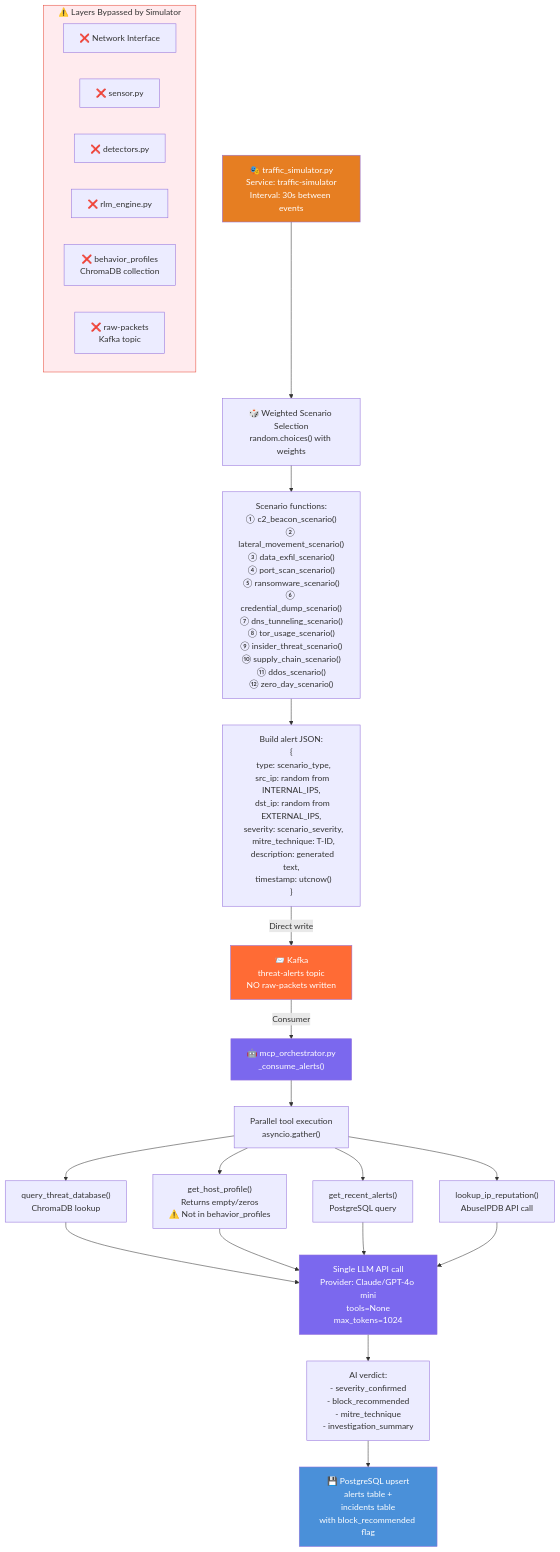
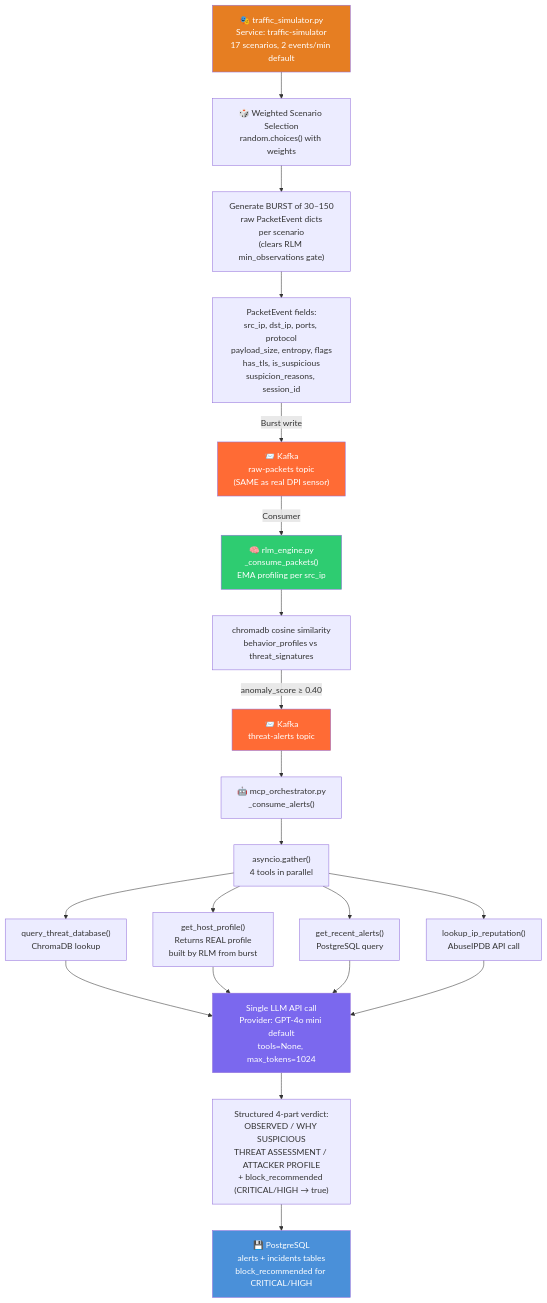
One commit to Skarthik06/cybersentinel-ai changed the fourth of 20 diagrams in docs/MASTER.md. Above: the diagram before and after it, drawn with Mermaid. The commit also changed other lines of this file and 27 other files, not shown here.

````diff
--- a/docs/MASTER.md
+++ b/docs/MASTER.md
@@ -355,43 +355,40 @@
 ```mermaid
 flowchart TD
-    A["🎭 traffic_simulator.py\nService: traffic-simulator\nInterval: 30s between events"]
+    A["🎭 traffic_simulator.py\nService: traffic-simulator\n17 scenarios, 2 events/min default"]
 
     A --> B["🎲 Weighted Scenario Selection\nrandom.choices() with weights"]
 
-    B --> C["Scenario functions:\n① c2_beacon_scenario()\n② lateral_movement_scenario()\n③ data_exfil_scenario()\n④ port_scan_scenario()\n⑤ ransomware_scenario()\n⑥ credential_dump_scenario()\n⑦ dns_tunneling_scenario()\n⑧ tor_usage_scenario()\n⑨ insider_threat_scenario()\n⑩ supply_chain_scenario()\n⑪ ddos_scenario()\n⑫ zero_day_scenario()"]
+    B --> C["Generate BURST of 30–150\nraw PacketEvent dicts\nper scenario\n(clears RLM min_observations gate)"]
 
-    C --> D["Build alert JSON:\n{\n  type: scenario_type,\n  src_ip: random from INTERNAL_IPS,\n  dst_ip: random from EXTERNAL_IPS,\n  severity: scenario_severity,\n  mitre_technique: T-ID,\n  description: generated text,\n  timestamp: utcnow()\n}"]
+    C --> D["PacketEvent fields:\nsrc_ip, dst_ip, ports, protocol\npayload_size, entropy, flags\nhas_tls, is_suspicious\nsuspicion_reasons, session_id"]
 
-    D -->|Direct write| E["📨 Kafka\nthreat-alerts topic\nNO raw-packets written"]
+    D -->|Burst write| E["📨 Kafka\nraw-packets topic\n(SAME as real DPI sensor)"]
 
-    E -->|Consumer| F["🤖 mcp_orchestrator.py\n_consume_alerts()"]
+    E -->|Consumer| F["🧠 rlm_engine.py\n_consume_packets()\nEMA profiling per src_ip"]
 
-    F --> G["Parallel tool execution\nasyncio.gather()"]
+    F --> G["chromadb cosine similarity\nbehavior_profiles vs threat_signatures"]
 
-    G --> H1["query_threat_database()\nChromaDB lookup"]
-    G --> H2["get_host_profile()\nReturns empty/zeros\n⚠️ Not in behavior_profiles"]
-    G --> H3["get_recent_alerts()\nPostgreSQL query"]
-    G --> H4["lookup_ip_reputation()\nAbuseIPDB API call"]
+    G -->|anomaly_score ≥ 0.40| H["📨 Kafka\nthreat-alerts topic"]
 
-    H1 & H2 & H3 & H4 --> I["Single LLM API call\nProvider: Claude/GPT-4o mini\ntools=None\nmax_tokens=1024"]
+    H --> I["🤖 mcp_orchestrator.py\n_consume_alerts()"]
 
-    I --> J["AI verdict:\n- severity_confirmed\n- block_recommended\n- mitre_technique\n- investigation_summary"]
+    I --> J["asyncio.gather()\n4 tools in parallel"]
 
-    J --> K["💾 PostgreSQL upsert\nalerts table +\nincidents table\nwith block_recommended flag"]
+    J --> K1["query_threat_database()\nChromaDB lookup"]
+    J --> K2["get_host_profile()\nReturns REAL profile\nbuilt by RLM from burst"]
+    J --> K3["get_recent_alerts()\nPostgreSQL query"]
+    J --> K4["lookup_ip_reputation()\nAbuseIPDB API call"]
 
-    subgraph BYPASS["⚠️ Layers Bypassed by Simulator"]
-        NIC["❌ Network Interface"]
-        SENSOR["❌ sensor.py"]
-        DETECT["❌ detectors.py"]
-        RLM["❌ rlm_engine.py"]
-        BP["❌ behavior_profiles\nChromaDB collection"]
-        RP["❌ raw-packets\nKafka topic"]
-    end
+    K1 & K2 & K3 & K4 --> L["Single LLM API call\nProvider: GPT-4o mini default\ntools=None, max_tokens=1024"]
+
+    L --> M["Structured 4-part verdict:\nOBSERVED / WHY SUSPICIOUS\nTHREAT ASSESSMENT / ATTACKER PROFILE\n+ block_recommended (CRITICAL/HIGH → true)"]
+
+    M --> N["💾 PostgreSQL\nalerts + incidents tables\nblock_recommended for CRITICAL/HIGH"]
 
     style A fill:#e67e22,color:#fff
     style E fill:#ff6b35,color:#fff
-    style F fill:#7b68ee,color:#fff
-    style I fill:#7b68ee,color:#fff
-    style K fill:#4a90d9,color:#fff
-    style BYPASS fill:#ffebee,stroke:#e74c3c
+    style H fill:#ff6b35,color:#fff
+    style F fill:#2ecc71,color:#fff
+    style L fill:#7b68ee,color:#fff
+    style N fill:#4a90d9,color:#fff
 ```
````
